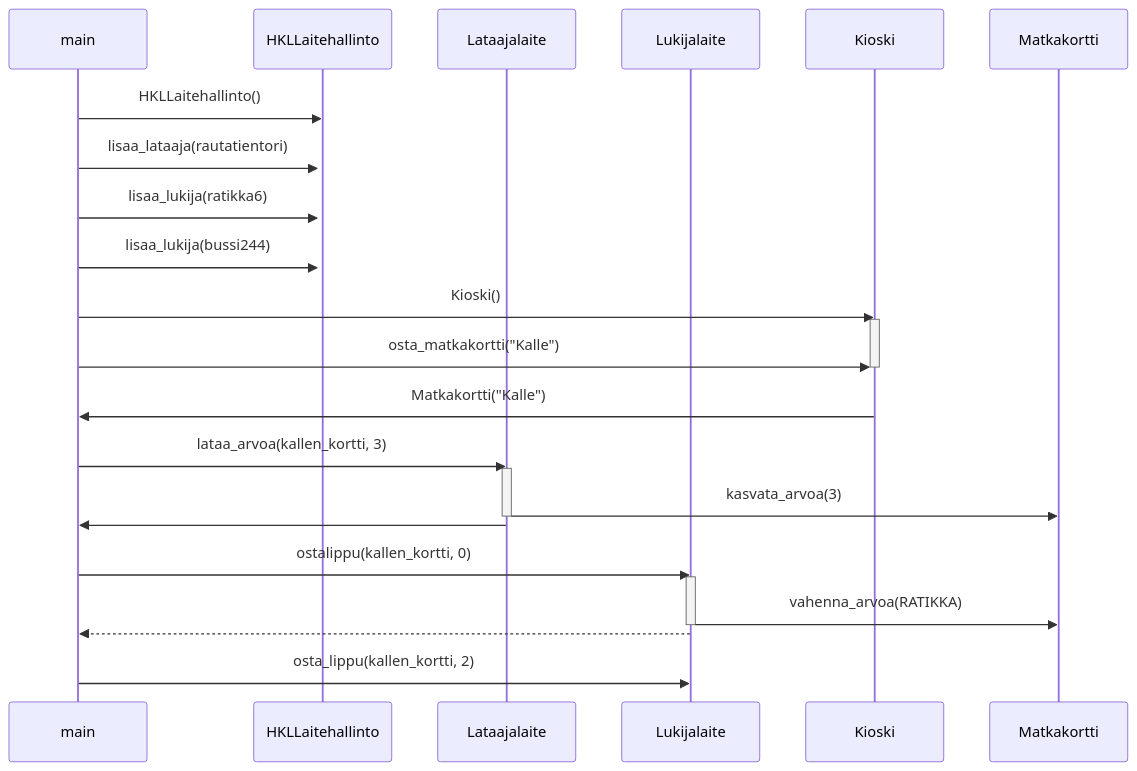
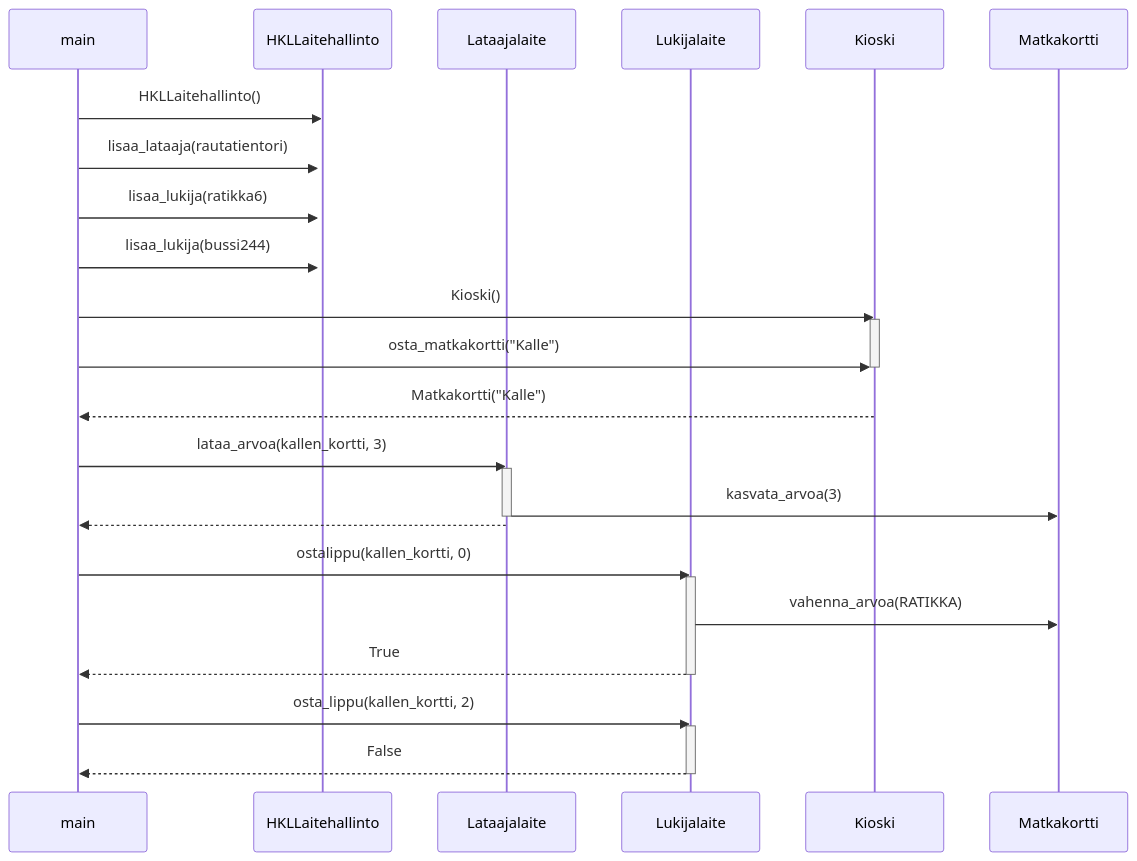
One commit to brotholi/ot-harjoitustyo changed the diagram in laskarit/viikko3/laajempi_sekvenssikaavio.md. Above: the diagram before and after it, drawn with Mermaid.

````diff
--- a/laskarit/viikko3/laajempi_sekvenssikaavio.md
+++ b/laskarit/viikko3/laajempi_sekvenssikaavio.md
@@ -3,40 +3,42 @@
 ```mermaid
 sequenceDiagram
   participant main
   participant HKLLaitehallinto
   participant Lataajalaite
   participant Lukijalaite
   participant Kioski
   participant Matkakortti
   
   main->>HKLLaitehallinto: HKLLaitehallinto()
   activate HKLLaitehallinto
-
  
   main->>HKLLaitehallinto: lisaa_lataaja(rautatientori)
   main->>HKLLaitehallinto: lisaa_lukija(ratikka6)
   main->>HKLLaitehallinto: lisaa_lukija(bussi244)
   
   main->>Kioski: Kioski()
   activate Kioski
   main->>Kioski: osta_matkakortti("Kalle")
   deactivate Kioski
-  Kioski->>main: Matkakortti("Kalle")
+  Kioski-->>main: Matkakortti("Kalle")
   
   main->>Lataajalaite: lataa_arvoa(kallen_kortti, 3)
   activate Lataajalaite
   Lataajalaite->>Matkakortti: kasvata_arvoa(3)
   deactivate Lataajalaite
-  Lataajalaite->>main:   
+  Lataajalaite-->>main:   
   
   
   main->>Lukijalaite: ostalippu(kallen_kortti, 0)
   activate Lukijalaite
   Lukijalaite->>Matkakortti: vahenna_arvoa(RATIKKA)
+  Lukijalaite-->>main: True
   deactivate Lukijalaite
-  Lukijalaite-->>main:   
+  
+  main->>Lukijalaite: osta_lippu(kallen_kortti, 2)
+  activate Lukijalaite
+  Lukijalaite-->>main: False
+  deactivate Lukijalaite
   
   
-  main->>Lukijalaite: osta_lippu(kallen_kortti, 2)
-  
   ```
````
